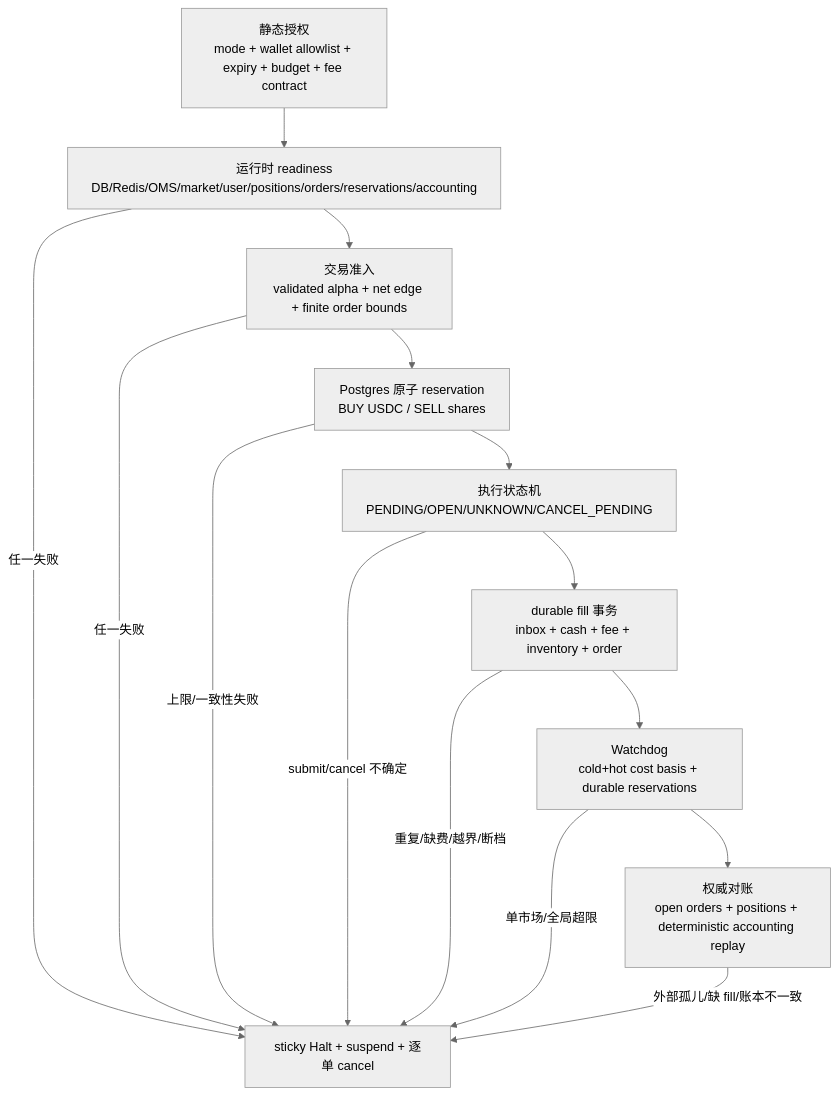
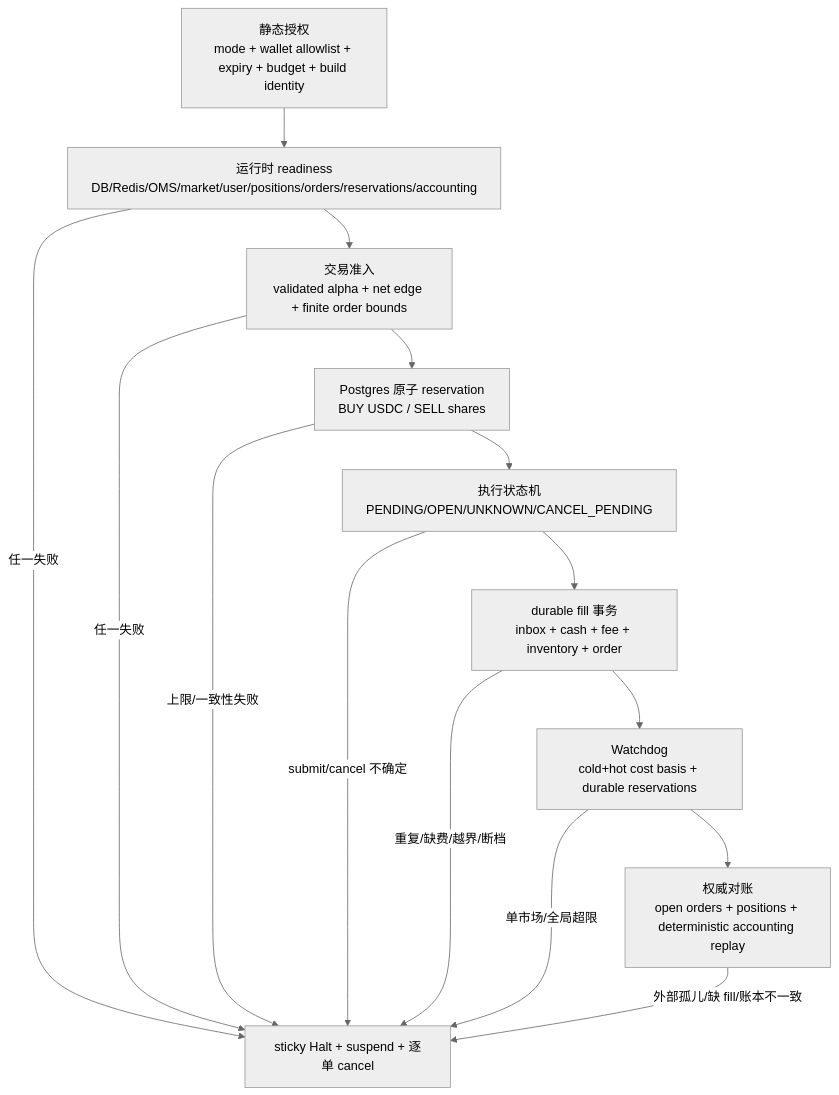
One commit to liu-kaining/PolyMatrixEngine changed the diagram in spec/architecture_diagrams/07_risk_control_layers.md. Above: the diagram before and after it, drawn with Mermaid (neutral theme). The commit also changed other lines of this file and 24 other files, not shown here.

````diff
--- a/spec/architecture_diagrams/07_risk_control_layers.md
+++ b/spec/architecture_diagrams/07_risk_control_layers.md
@@ -3,22 +3,22 @@
 ```mermaid
 flowchart TB
-    A["静态授权<br/>mode + wallet allowlist + expiry + budget + fee contract"]
+    A["静态授权<br/>mode + wallet allowlist + expiry + budget + build identity"]
     B["运行时 readiness<br/>DB/Redis/OMS/market/user/positions/orders/reservations/accounting"]
     C["交易准入<br/>validated alpha + net edge + finite order bounds"]
     D["Postgres 原子 reservation<br/>BUY USDC / SELL shares"]
     E["执行状态机<br/>PENDING/OPEN/UNKNOWN/CANCEL_PENDING"]
     F["durable fill 事务<br/>inbox + cash + fee + inventory + order"]
     G["Watchdog<br/>cold+hot cost basis + durable reservations"]
     H["权威对账<br/>open orders + positions + deterministic accounting replay"]
     I["sticky Halt + suspend + 逐单 cancel"]
 
     A --> B --> C --> D --> E --> F
     F --> G --> H
     B -->|"任一失败"| I
     C -->|"任一失败"| I
     D -->|"上限/一致性失败"| I
     E -->|"submit/cancel 不确定"| I
     F -->|"重复/缺费/越界/断档"| I
     G -->|"单市场/全局超限"| I
     H -->|"外部孤儿/缺 fill/账本不一致"| I
 ```
````
